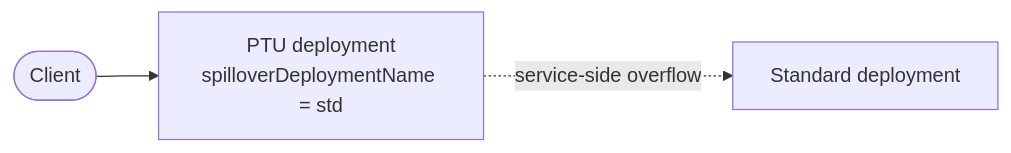
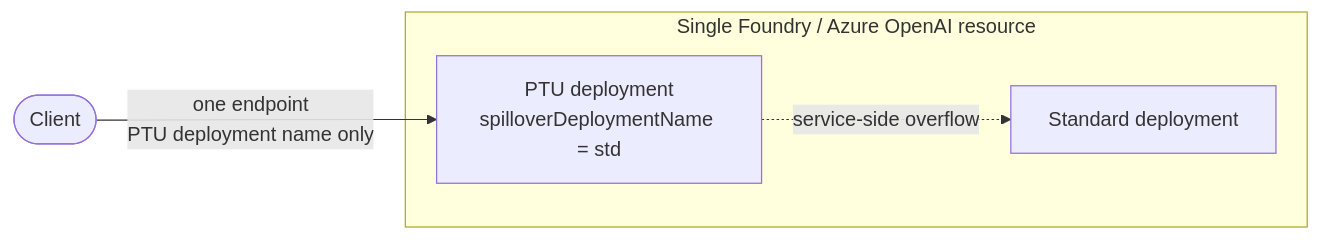
Before and after one commit to chrye/model-routing: the first of 4 diagrams in Part 2-PTU-to-TPM-Failover-Options.md, drawn with Mermaid. The commit also changed other lines of this file and 1 other file, not shown here.

````diff
--- a/Part 2-PTU-to-TPM-Failover-Options.md
+++ b/Part 2-PTU-to-TPM-Failover-Options.md
@@ -57,5 +57,9 @@
 ```mermaid
 flowchart LR
-    c([Client]) --> ptu["PTU deployment<br/>spilloverDeploymentName = std"]
-    ptu -.->|service-side overflow| std[Standard deployment]
+    c([Client]) -->|"one endpoint<br/>PTU deployment name only"| ptu
+    subgraph res["Single Foundry / Azure OpenAI resource"]
+        ptu["PTU deployment<br/>spilloverDeploymentName = std"]
+        std[Standard deployment]
+        ptu -.->|service-side overflow| std
+    end
 ```
````
